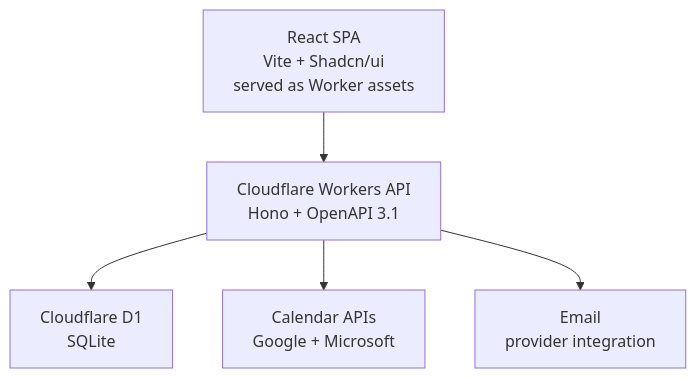
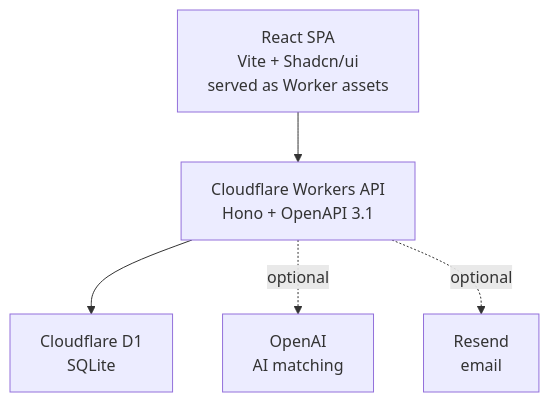
One commit to brettdavies/cf_office_hours changed the diagram in README.md. Above: the diagram before and after it, drawn with Mermaid. The commit also changed other lines of this file and 84 other files, not shown here.

````diff
--- a/README.md
+++ b/README.md
@@ -38,7 +35,7 @@
 ```mermaid
 graph TB
     A[React SPA<br/>Vite + Shadcn/ui<br/>served as Worker assets] --> B[Cloudflare Workers API<br/>Hono + OpenAPI 3.1]
     B --> C[Cloudflare D1<br/>SQLite]
-    B --> E[Calendar APIs<br/>Google + Microsoft]
-    B --> F[Email<br/>provider integration]
+    B -.optional.-> D[OpenAI<br/>AI matching]
+    B -.optional.-> E[Resend<br/>email]
 ```
````
